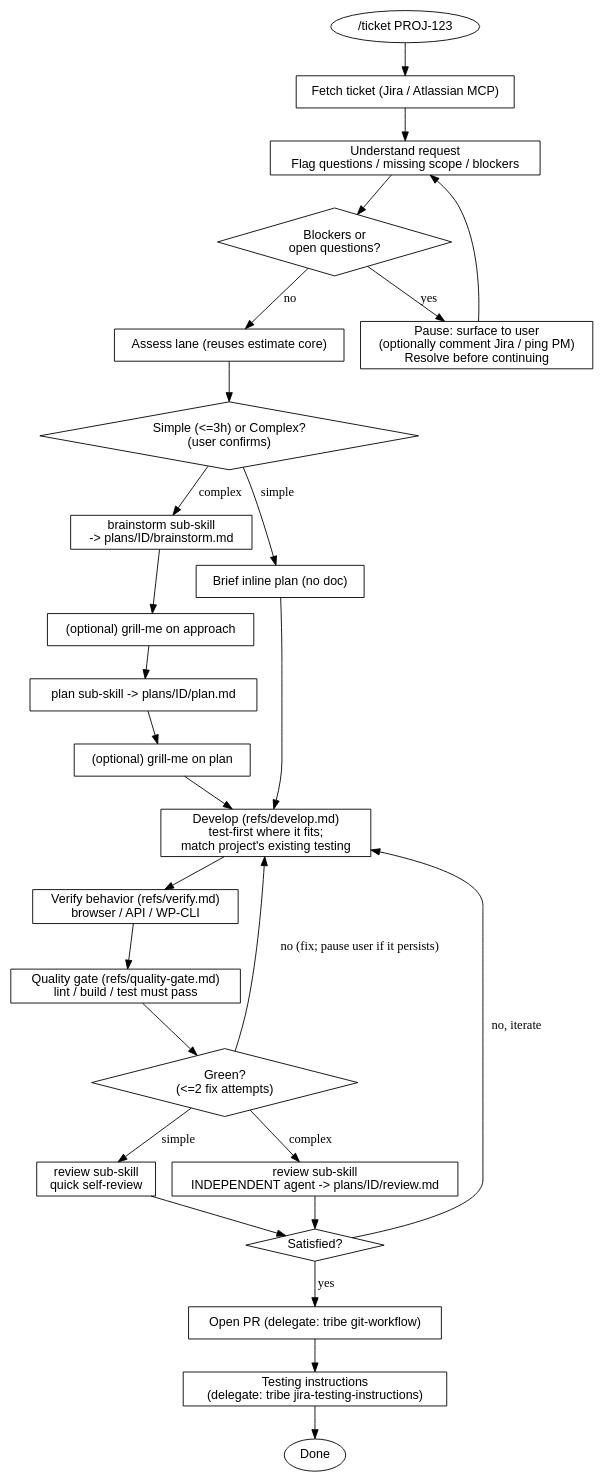
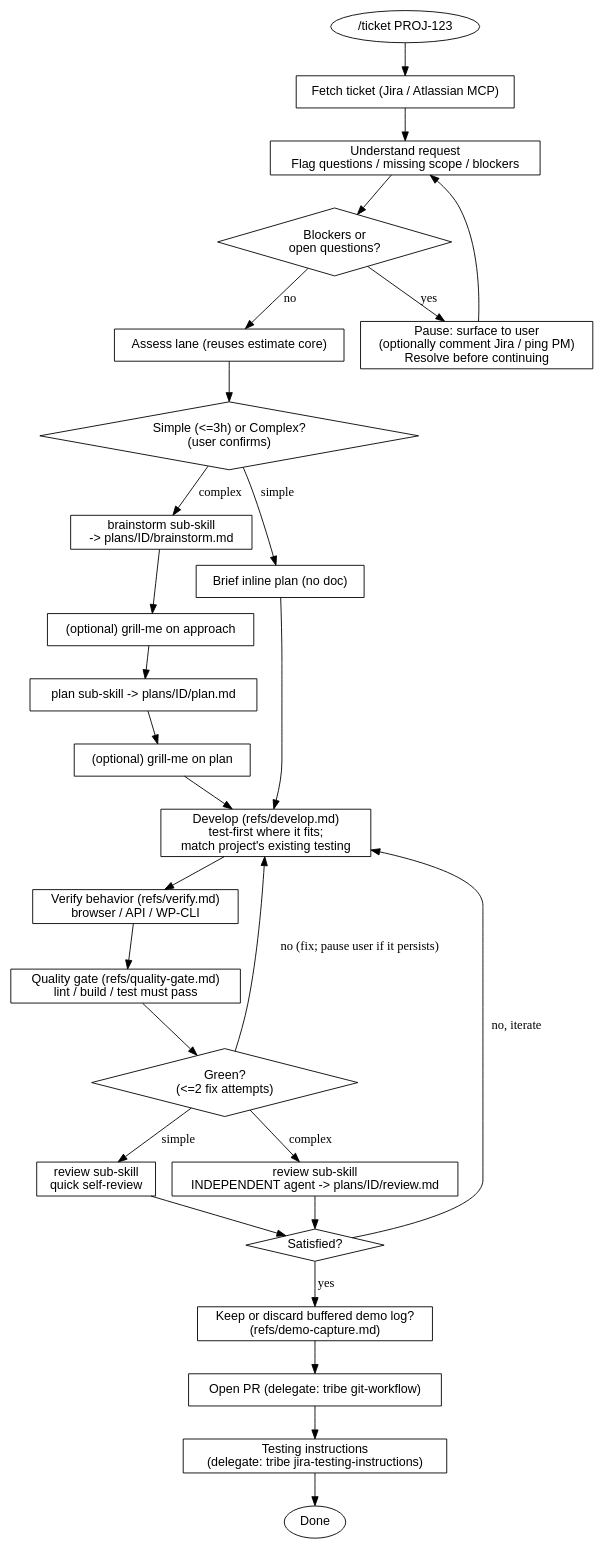
The diagram in references/decision-tree.md (LayaTaal/tribe-harness), drawn with Graphviz before and after one commit. The commit also changed other lines of this file and 10 other files, not shown here.

First line of the commit message:
Add /demo skill and make demo capture always-on

````diff
--- a/references/decision-tree.md
+++ b/references/decision-tree.md
@@ -7,43 +7,45 @@
 ```dot
 digraph ticket_workflow {
   rankdir=TB; node [shape=box, fontname="Helvetica"];
   start      [shape=oval, label="/ticket PROJ-123"];
   fetch      [label="Fetch ticket (Jira / Atlassian MCP)"];
   understand [label="Understand request\nFlag questions / missing scope / blockers"];
   blocked    [shape=diamond, label="Blockers or\nopen questions?"];
   pause      [label="Pause: surface to user\n(optionally comment Jira / ping PM)\nResolve before continuing"];
   assess     [label="Assess lane (reuses estimate core)"];
   confirm    [shape=diamond, label="Simple (<=3h) or Complex?\n(user confirms)"];
 
   brainstorm [label="brainstorm sub-skill\n-> plans/ID/brainstorm.md"];
   grill1     [label="(optional) grill-me on approach"];
   plan_c     [label="plan sub-skill -> plans/ID/plan.md"];
   grill2     [label="(optional) grill-me on plan"];
   plan_s     [label="Brief inline plan (no doc)"];
 
   develop    [label="Develop (refs/develop.md)\ntest-first where it fits;\nmatch project's existing testing"];
   verify     [label="Verify behavior (refs/verify.md)\nbrowser / API / WP-CLI"];
   gate       [label="Quality gate (refs/quality-gate.md)\nlint / build / test must pass"];
   gatecheck  [shape=diamond, label="Green?\n(<=2 fix attempts)"];
   review_c   [label="review sub-skill\nINDEPENDENT agent -> plans/ID/review.md"];
   review_s   [label="review sub-skill\nquick self-review"];
   satisfied  [shape=diamond, label="Satisfied?"];
+  demodecide [label="Keep or discard buffered demo log?\n(refs/demo-capture.md)"];
   pr         [label="Open PR (delegate: tribe git-workflow)"];
   testing    [label="Testing instructions\n(delegate: tribe jira-testing-instructions)"];
   done       [shape=oval, label="Done"];
 
   start->fetch->understand->blocked;
   blocked->pause [label="yes"]; pause->understand;
   blocked->assess [label="no"]; assess->confirm;
   confirm->brainstorm [label="complex"];
   brainstorm->grill1->plan_c->grill2->develop;
   confirm->plan_s [label="simple"]; plan_s->develop;
   develop->verify;
   verify->gate->gatecheck;
   gatecheck->develop [label="no (fix; pause user if it persists)"];
   gatecheck->review_c [label="complex"]; gatecheck->review_s [label="simple"];
   review_c->satisfied; review_s->satisfied;
-  satisfied->develop [label="no, iterate"]; satisfied->pr [label="yes"];
+  satisfied->develop [label="no, iterate"]; satisfied->demodecide [label="yes"];
+  demodecide->pr;
   pr->testing->done;
 }
 ```
````
